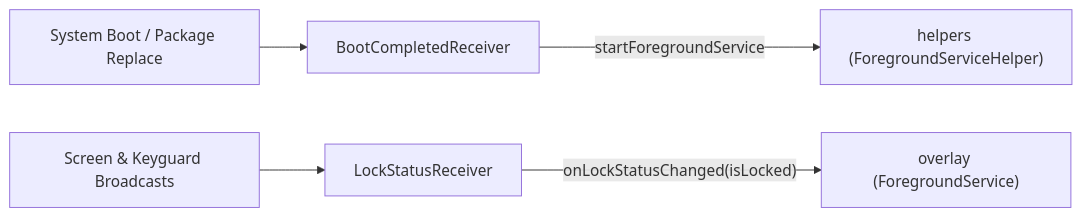
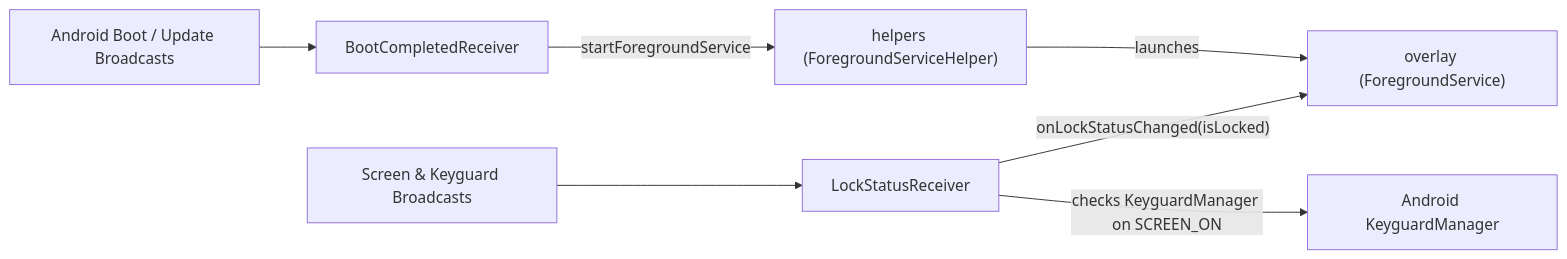
One commit to tyejaedon/Cover-Screen-OS changed the diagram in app/src/main/java/com/tyejaedon/coverscreenos/receivers/README.md. Above: the diagram before and after it, drawn with Mermaid. The commit also changed other lines of this file and 157 other files, not shown here.

````diff
--- a/app/src/main/java/com/tyejaedon/coverscreenos/receivers/README.md
+++ b/app/src/main/java/com/tyejaedon/coverscreenos/receivers/README.md
@@ -14,7 +62,9 @@
 ```mermaid
 flowchart LR
-    Boot["System Boot / Package Replace"] --> BootRx["BootCompletedReceiver"]
+    Boot["Android Boot / Update Broadcasts"] --> BootRx["BootCompletedReceiver"]
     BootRx -->|"startForegroundService"| Helper["helpers (ForegroundServiceHelper)"]
+    Helper -->|"launches"| Overlay["overlay (ForegroundService)"]
     Screen["Screen & Keyguard Broadcasts"] --> LockRx["LockStatusReceiver"]
-    LockRx -->|"onLockStatusChanged(isLocked)"| Overlay["overlay (ForegroundService)"]
+    LockRx -->|"checks KeyguardManager on SCREEN_ON"| Keyguard["Android KeyguardManager"]
+    LockRx -->|"onLockStatusChanged(isLocked)"| Overlay
 ```
````
